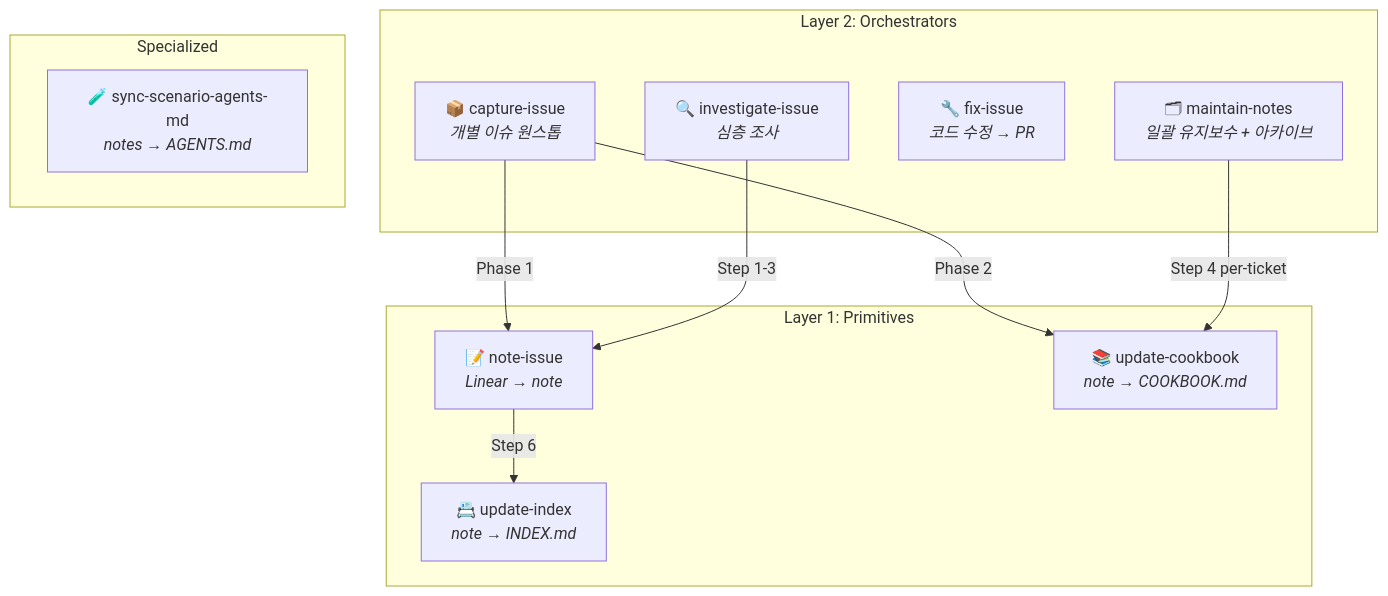
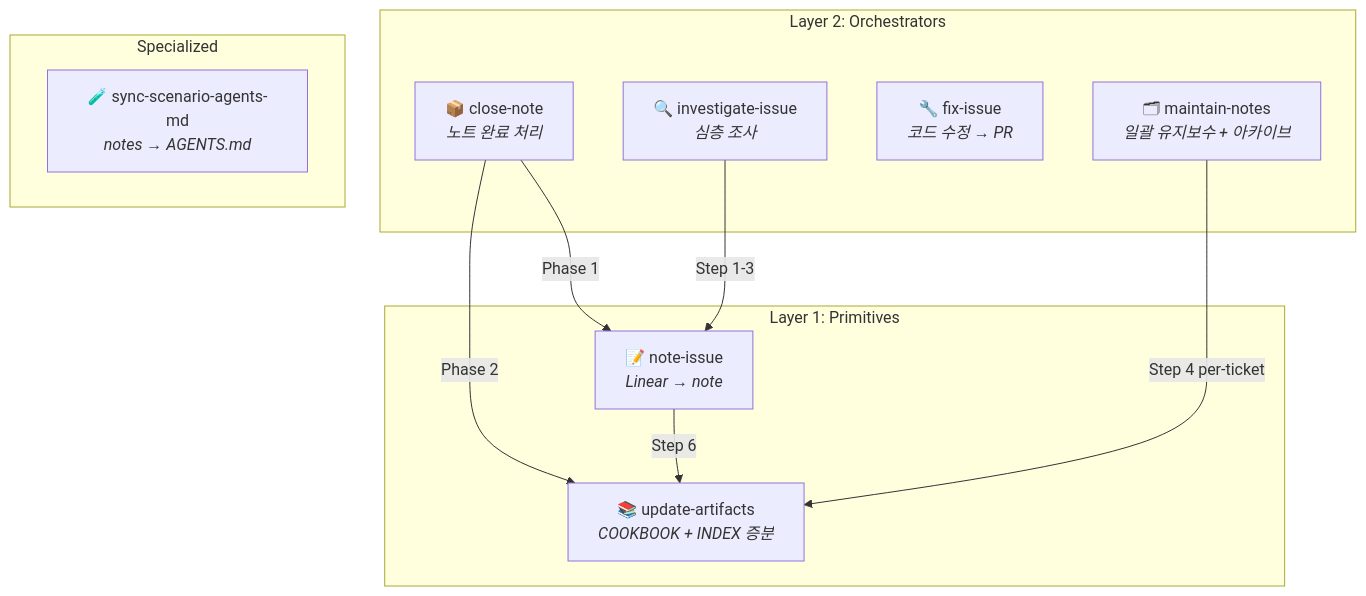
The first of 5 diagrams in .claude/commands/ops/README.adoc (flex-team/flex-oncall), drawn with Mermaid before and after one commit. The commit also changed other lines of this file and 8 other files, not shown here.

First line of the commit message:
♻️ ops 커맨드 구조 개편: capture-issue → close-note, update-cookbook + update-index → update-artifacts

```diff
--- a/.claude/commands/ops/README.adoc
+++ b/.claude/commands/ops/README.adoc
@@ -16,26 +16,25 @@
 [mermaid]
 ....
 graph TD
     subgraph "Layer 2: Orchestrators"
-        CI["📦 capture-issue<br/><i>개별 이슈 원스톱</i>"]
+        CN["📦 close-note<br/><i>노트 완료 처리</i>"]
         II["🔍 investigate-issue<br/><i>심층 조사</i>"]
         FI["🔧 fix-issue<br/><i>코드 수정 → PR</i>"]
         MN["🗂 maintain-notes<br/><i>일괄 유지보수 + 아카이브</i>"]
     end
 
     subgraph "Layer 1: Primitives"
         NI["📝 note-issue<br/><i>Linear → note</i>"]
-        UC["📚 update-cookbook<br/><i>note → COOKBOOK.md</i>"]
-        UI["📇 update-index<br/><i>note → INDEX.md</i>"]
+        UA["📚 update-artifacts<br/><i>COOKBOOK + INDEX 증분</i>"]
     end
 
     subgraph "Specialized"
         SS["🧪 sync-scenario-agents-md<br/><i>notes → AGENTS.md</i>"]
     end
 
-    CI -->|"Phase 1"| NI
-    CI -->|"Phase 2"| UC
+    CN -->|"Phase 1"| NI
+    CN -->|"Phase 2"| UA
     II -->|"Step 1-3"| NI
-    NI -->|"Step 6"| UI
-    MN -->|"Step 4 per-ticket"| UC
+    NI -->|"Step 6"| UA
+    MN -->|"Step 4 per-ticket"| UA
 ....
```
